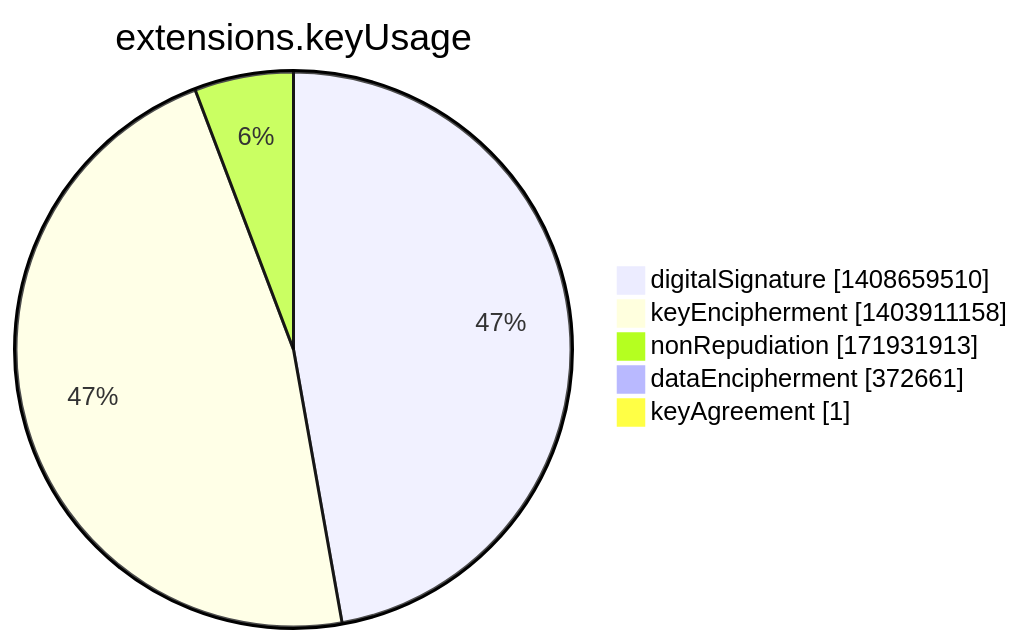
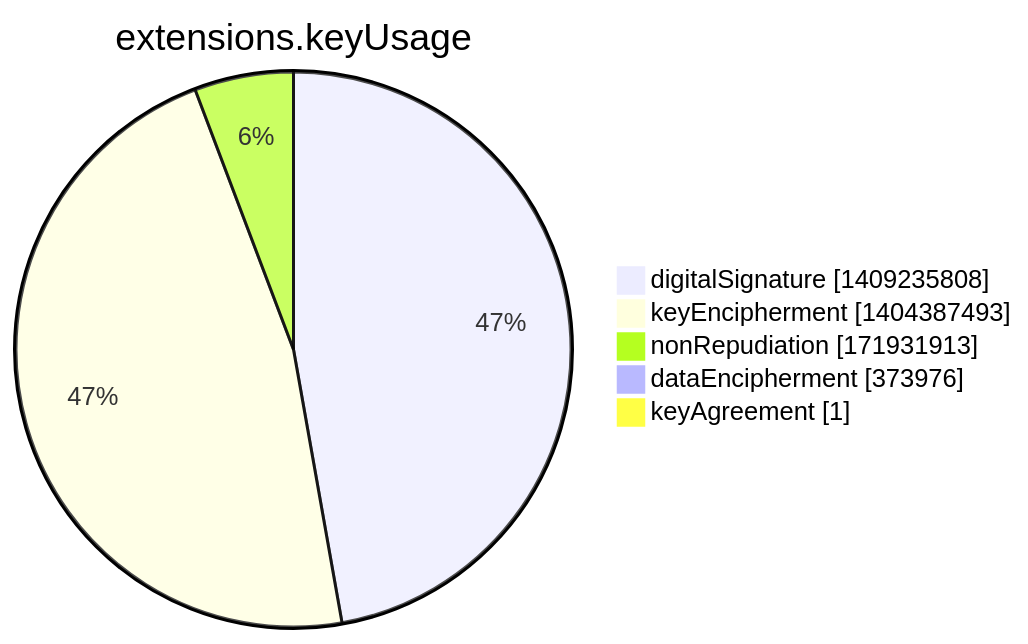
The seventh of 15 diagrams in argon2022/README.md (christiankrug/ctmonitor_visualization), drawn with Mermaid before and after one commit. The commit also changed other lines of this file, not shown here.

````diff
--- a/argon2022/README.md
+++ b/argon2022/README.md
@@ -2751,9 +2751,9 @@
 ```mermaid
 pie showData
 title extensions.keyUsage
-"digitalSignature" :1408659510
-"keyEncipherment" :1403911158
+"digitalSignature" :1409235808
+"keyEncipherment" :1404387493
 "nonRepudiation" :171931913
-"dataEncipherment" :372661
+"dataEncipherment" :373976
 "keyAgreement" :1
 ```
````
